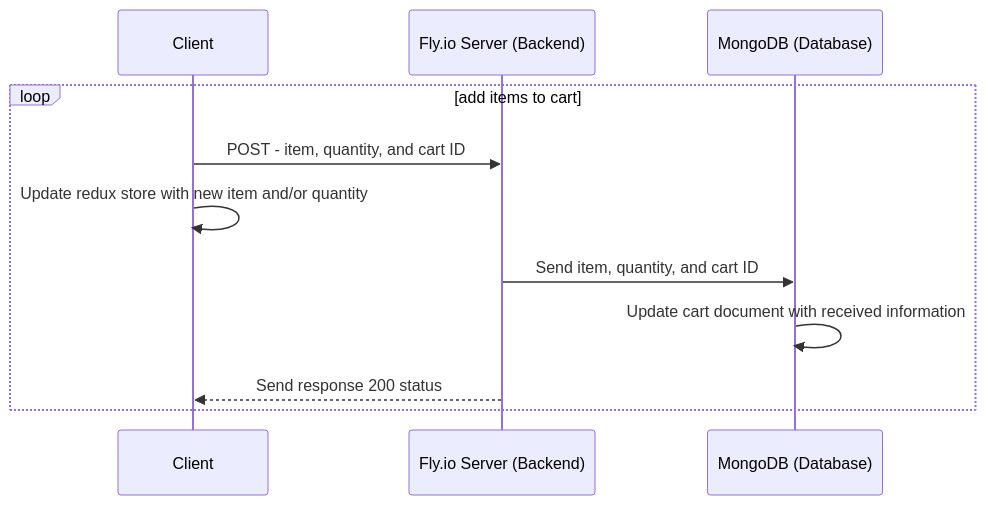
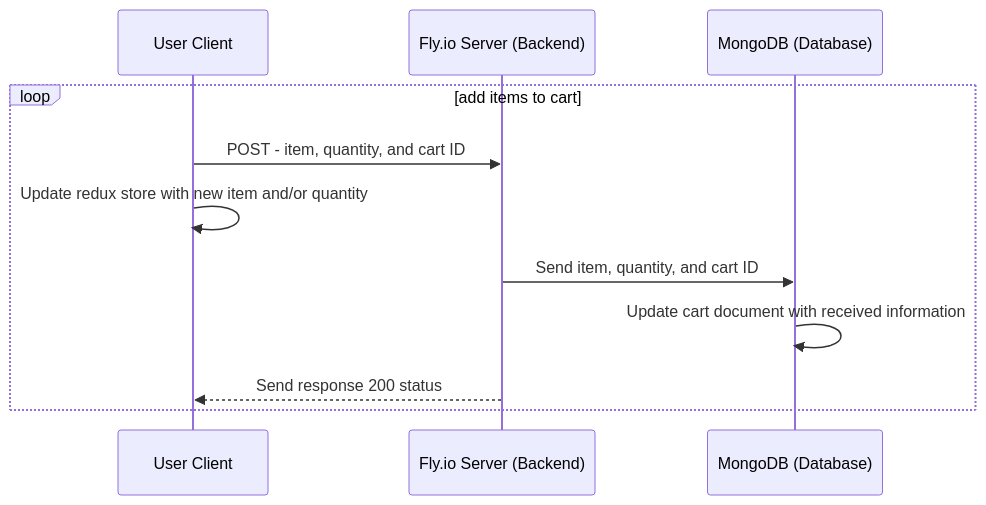
The diagram in diagrams/addItemsToCart.md (Adastros/audiophile), drawn with Mermaid before and after one commit. The commit also changed 3 other files, not shown here.

Commit message:
Create system flow diagram and add titles

````diff
--- a/diagrams/addItemsToCart.md
+++ b/diagrams/addItemsToCart.md
@@ -1,14 +1,14 @@
 ```mermaid
 sequenceDiagram
-participant c as Client
+participant c as User Client
 participant b as Fly.io Server (Backend)
 participant d as MongoDB (Database)
 
 loop add items to cart
 c->>b: POST - item, quantity, and cart ID
 c->>c: Update redux store with new item and/or quantity
 b->>d: Send item, quantity, and cart ID
 d->>d: Update cart document with received information
 b-->>c: Send response 200 status
 end
 ```
````
